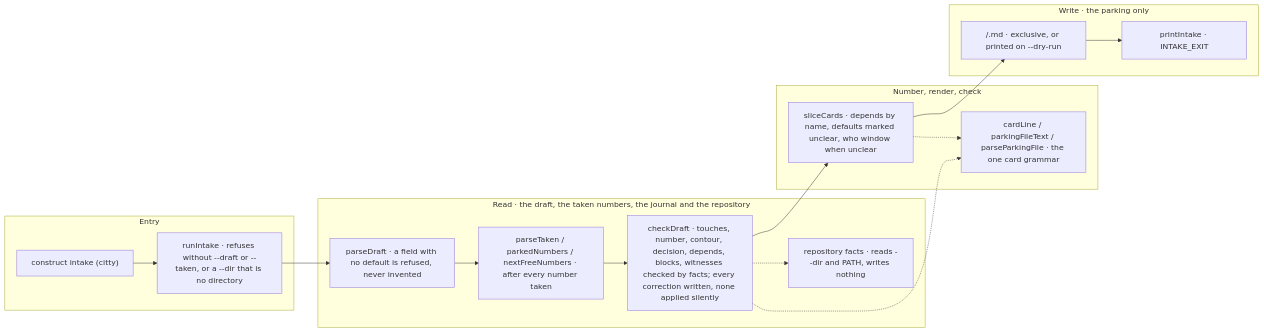
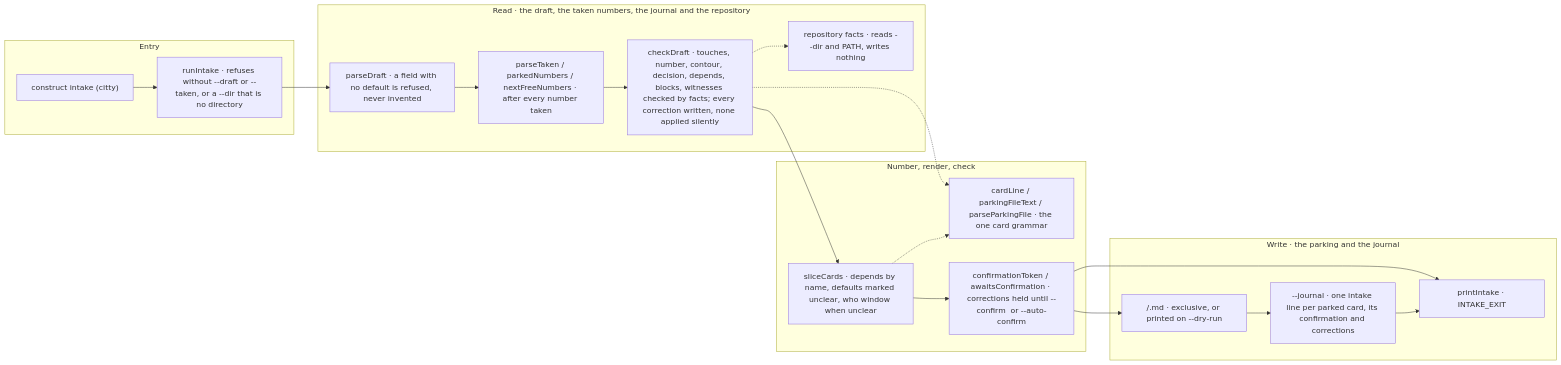
Before and after one commit to E1i/mikoshi-construct: the diagram in architecture/intake.md, drawn with Mermaid. The commit also changed other lines of this file and 14 other files, not shown here.

First line of the commit message:
feat(intake): construct intake parks a corrected card only after a person confirms it (#544)

````diff
--- a/architecture/intake.md
+++ b/architecture/intake.md
@@ -10,31 +10,36 @@
 ```mermaid
 flowchart LR
   subgraph b_entry["Entry"]
     cli["construct intake (citty)"]
     run["runIntake · refuses without --draft or --taken, or a --dir that is no directory"]
   end
   subgraph b_read["Read · the draft, the taken numbers, the journal and the repository"]
     draft["parseDraft · a field with no default is refused, never invented"]
     numbers["parseTaken / parkedNumbers / nextFreeNumbers · after every number taken"]
     check["checkDraft · touches, number, contour, decision, depends, blocks, witnesses checked by facts; every correction written, none applied silently"]
     facts["repository facts · reads --dir and PATH, writes nothing"]
   end
   subgraph b_slice["Number, render, check"]
     slice["sliceCards · depends by name, defaults marked unclear, who window when unclear"]
     grammar["cardLine / parkingFileText / parseParkingFile · the one card grammar"]
+    confirm["confirmationToken / awaitsConfirmation · corrections held until --confirm <token> or --auto-confirm"]
   end
-  subgraph b_write["Write · the parking only"]
+  subgraph b_write["Write · the parking and the journal"]
     write["<parking>/<id>.md · exclusive, or printed on --dry-run"]
+    journal["--journal · one intake line per parked card, its confirmation and corrections"]
     print["printIntake · INTAKE_EXIT"]
   end
   cli --> run
   run --> draft
   draft --> numbers
   numbers --> check
   check --> slice
   check -.-> facts
   check -.-> grammar
   slice -.-> grammar
-  slice --> write
-  write --> print
+  slice --> confirm
+  confirm --> write
+  confirm --> print
+  write --> journal
+  journal --> print
 ```
````
